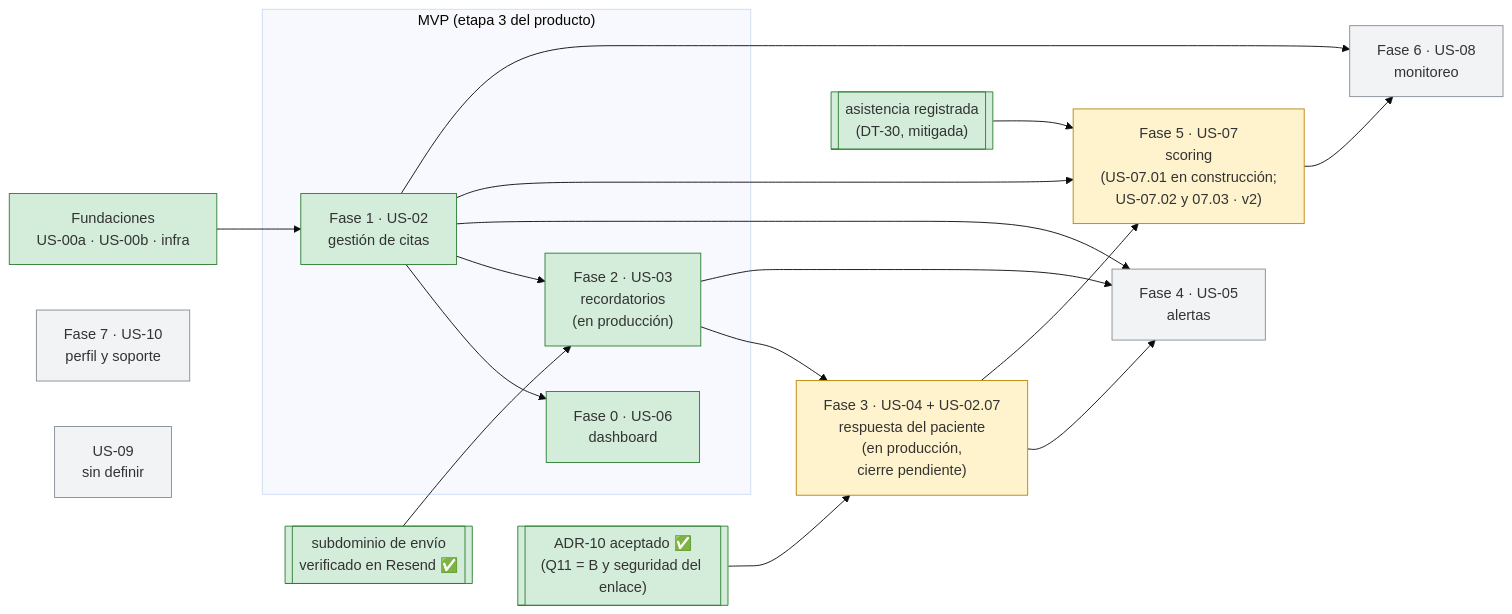
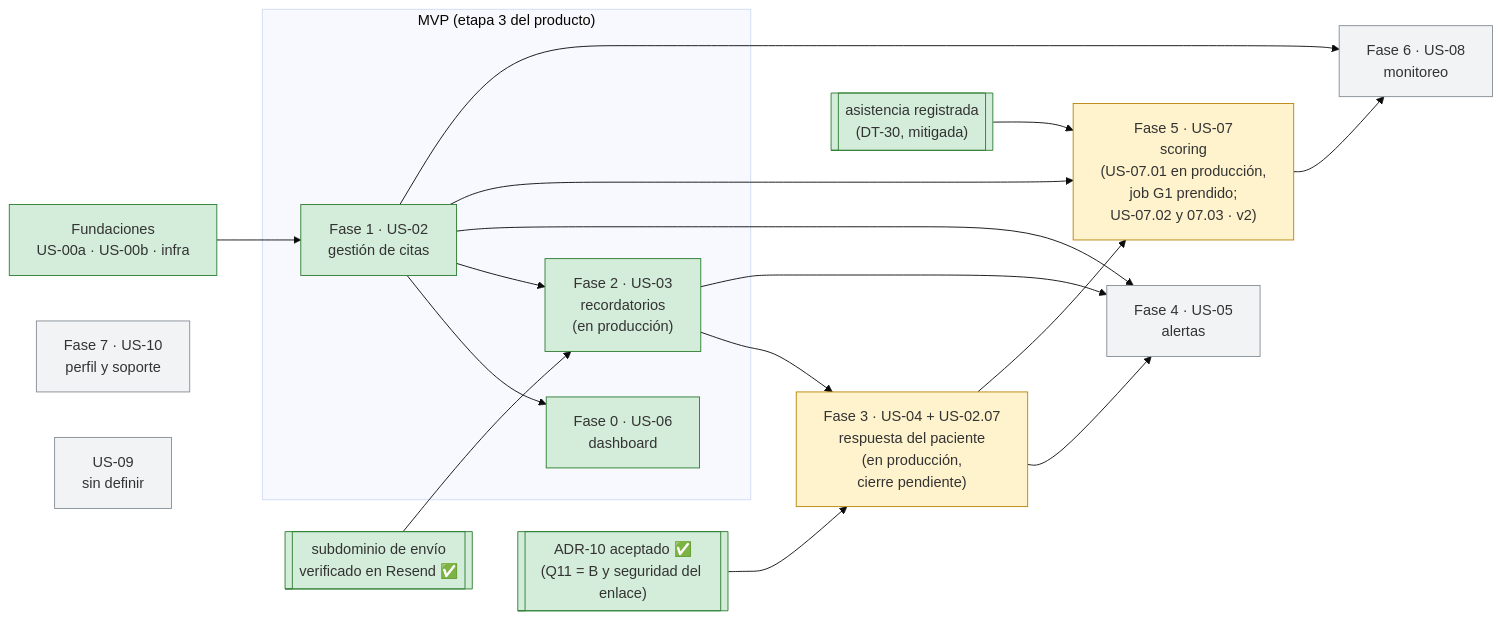
Before and after one commit to Citia-solutions/citia-backend: the diagram in context/Fases/README.md, drawn with Mermaid (base theme). The commit also changed other lines of this file and 16 other files, not shown here.

````diff
--- a/context/Fases/README.md
+++ b/context/Fases/README.md
@@ -74,41 +93,41 @@
 ```mermaid
 flowchart LR
   B["Fundaciones<br/>US-00a · US-00b · infra"]:::hecho
 
   subgraph MVP["MVP (etapa 3 del producto)"]
     F1["Fase 1 · US-02<br/>gestión de citas"]:::hecho
     F0["Fase 0 · US-06<br/>dashboard"]:::hecho
     F2["Fase 2 · US-03<br/>recordatorios<br/>(en producción)"]:::hecho
   end
 
   F3["Fase 3 · US-04 + US-02.07<br/>respuesta del paciente<br/>(en producción,<br/>cierre pendiente)"]:::disenada
   F4["Fase 4 · US-05<br/>alertas"]:::pendiente
-  F5["Fase 5 · US-07<br/>scoring<br/>(US-07.01 en construcción;<br/>US-07.02 y 07.03 · v2)"]:::disenada
+  F5["Fase 5 · US-07<br/>scoring<br/>(US-07.01 en producción,<br/>job G1 prendido;<br/>US-07.02 y 07.03 · v2)"]:::disenada
   F6["Fase 6 · US-08<br/>monitoreo"]:::pendiente
   F7["Fase 7 · US-10<br/>perfil y soporte"]:::pendiente
   U9["US-09<br/>sin definir"]:::pendiente
 
   DOM[["subdominio de envío<br/>verificado en Resend ✅"]]:::hecho
   A10[["ADR-10 aceptado ✅<br/>(Q11 = B y seguridad del enlace)"]]:::hecho
   D30[["asistencia registrada<br/>(DT-30, mitigada)"]]:::hecho
 
   B --> F1
   F1 --> F0
   F1 --> F2
   DOM --> F2
   F2 --> F3
   A10 --> F3
   F1 --> F4
   F2 --> F4
   F3 --> F4
   F1 --> F5
   F3 --> F5
   D30 --> F5
   F1 --> F6
   F5 --> F6
 
   classDef hecho fill:#d4edda,stroke:#2e7d32
   classDef disenada fill:#fff3cd,stroke:#b8860b
   classDef pendiente fill:#f1f3f5,stroke:#868e96
   classDef aplazada fill:#e7eaf6,stroke:#5c6bc0
 ```
````
